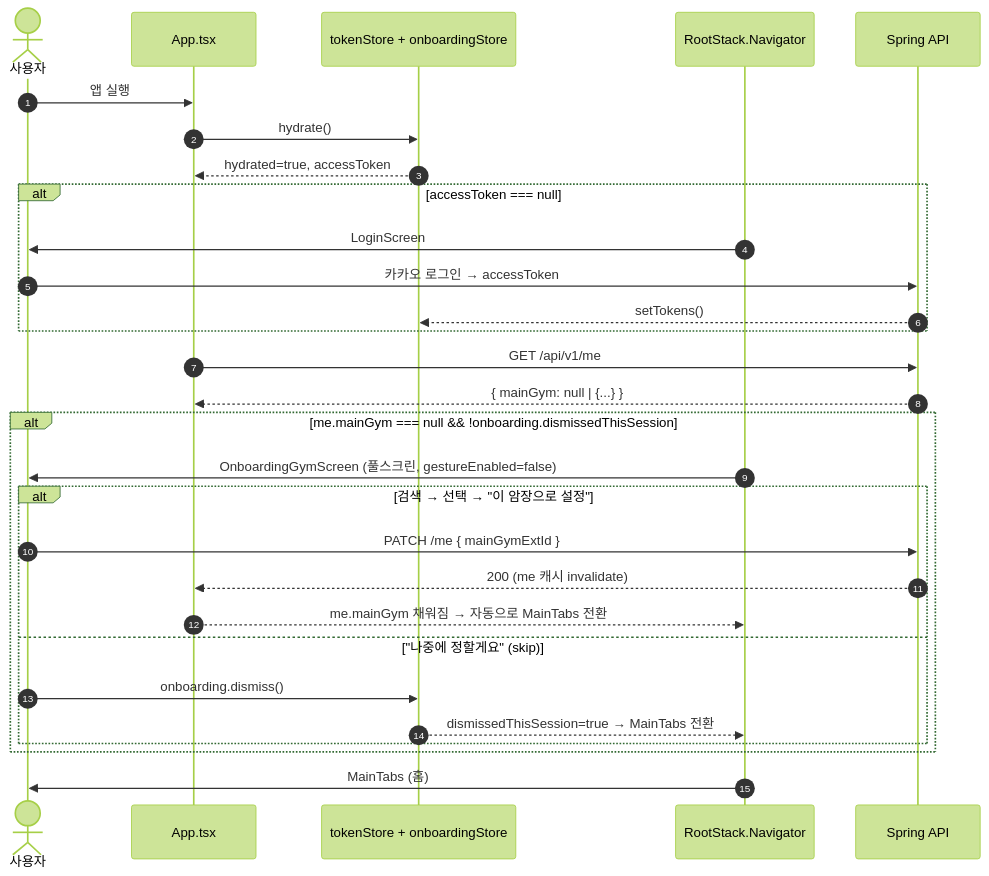
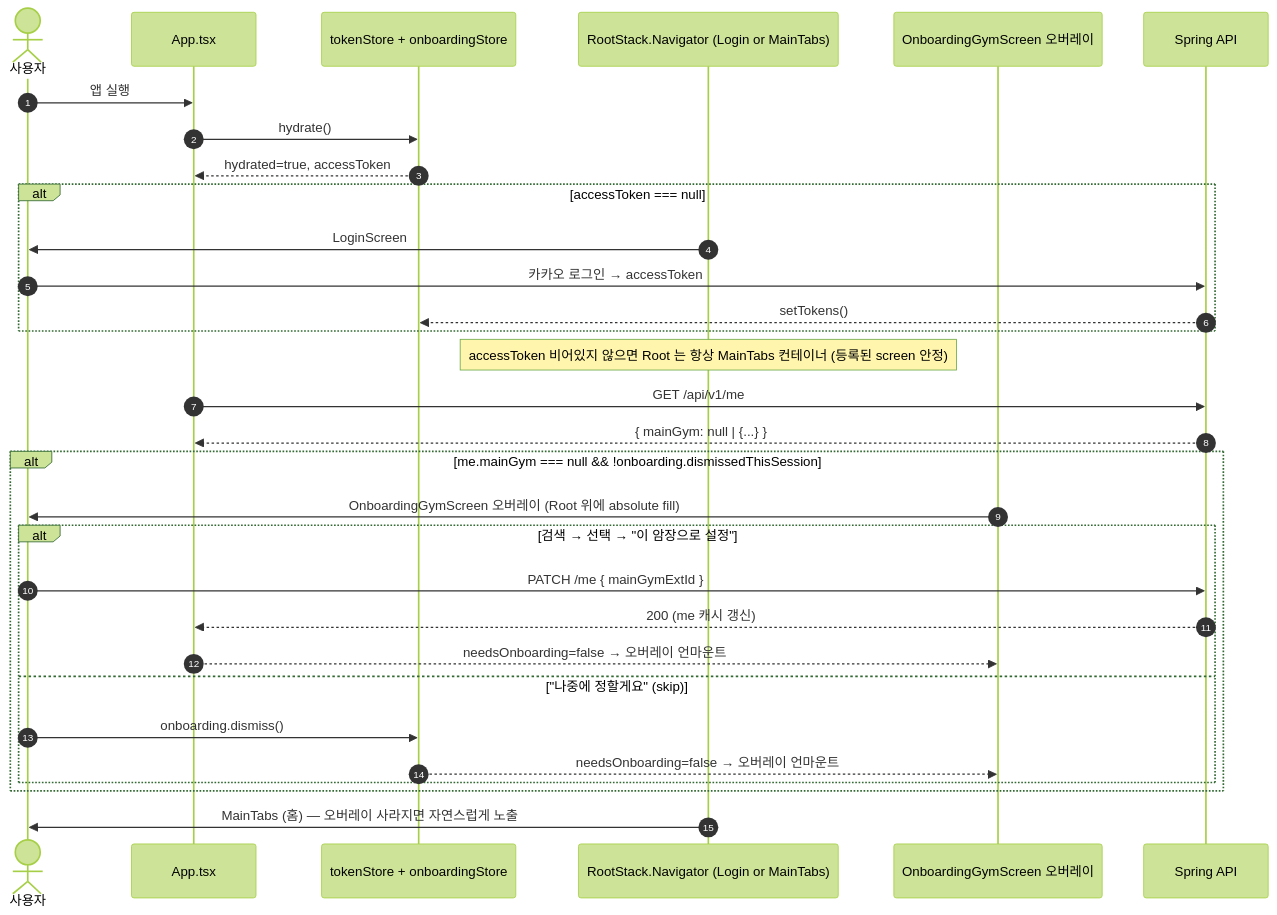
The first of 2 diagrams in docs/설계/sequence/maingym-onboarding.md (theo-ooooo/crimp), drawn with Mermaid (forest theme) before and after one commit. The commit also changed other lines of this file and 2 other files, not shown here.

First line of the commit message:
fix(app): 온보딩 게이트를 RootStack 분기 대신 오버레이로 (런타임 에러 회피)

````diff
--- a/docs/설계/sequence/maingym-onboarding.md
+++ b/docs/설계/sequence/maingym-onboarding.md
@@ -15,32 +15,34 @@
 ```mermaid
 sequenceDiagram
     autonumber
     actor User as 사용자
     participant App as App.tsx
     participant Store as tokenStore + onboardingStore
-    participant Root as RootStack.Navigator
+    participant Root as RootStack.Navigator (Login or MainTabs)
+    participant Overlay as OnboardingGymScreen 오버레이
     participant API as Spring API
 
     User->>App: 앱 실행
     App->>Store: hydrate()
     Store-->>App: hydrated=true, accessToken
     alt accessToken === null
         Root->>User: LoginScreen
         User->>API: 카카오 로그인 → accessToken
         API-->>Store: setTokens()
     end
+    Note over Root: accessToken 비어있지 않으면 Root 는 항상 MainTabs 컨테이너 (등록된 screen 안정)
     App->>API: GET /api/v1/me
     API-->>App: { mainGym: null | {...} }
     alt me.mainGym === null && !onboarding.dismissedThisSession
-        Root->>User: OnboardingGymScreen (풀스크린, gestureEnabled=false)
+        Overlay->>User: OnboardingGymScreen 오버레이 (Root 위에 absolute fill)
         alt 검색 → 선택 → "이 암장으로 설정"
             User->>API: PATCH /me { mainGymExtId }
-            API-->>App: 200 (me 캐시 invalidate)
-            App-->>Root: me.mainGym 채워짐 → 자동으로 MainTabs 전환
+            API-->>App: 200 (me 캐시 갱신)
+            App-->>Overlay: needsOnboarding=false → 오버레이 언마운트
         else "나중에 정할게요" (skip)
             User->>Store: onboarding.dismiss()
-            Store-->>Root: dismissedThisSession=true → MainTabs 전환
+            Store-->>Overlay: needsOnboarding=false → 오버레이 언마운트
         end
     end
-    Root->>User: MainTabs (홈)
+    Root->>User: MainTabs (홈) — 오버레이 사라지면 자연스럽게 노출
 ```
````
